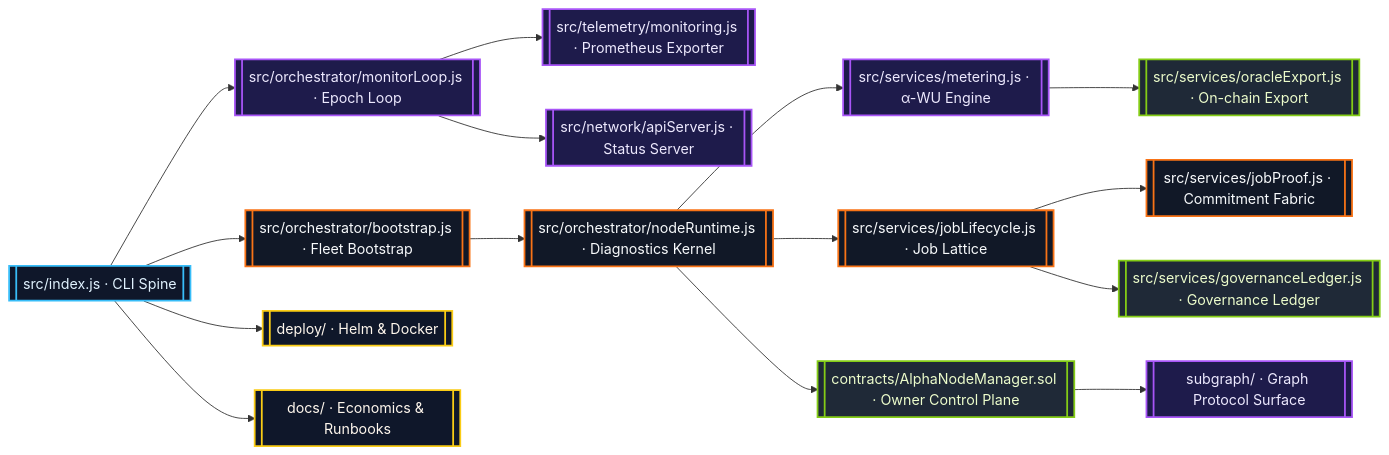
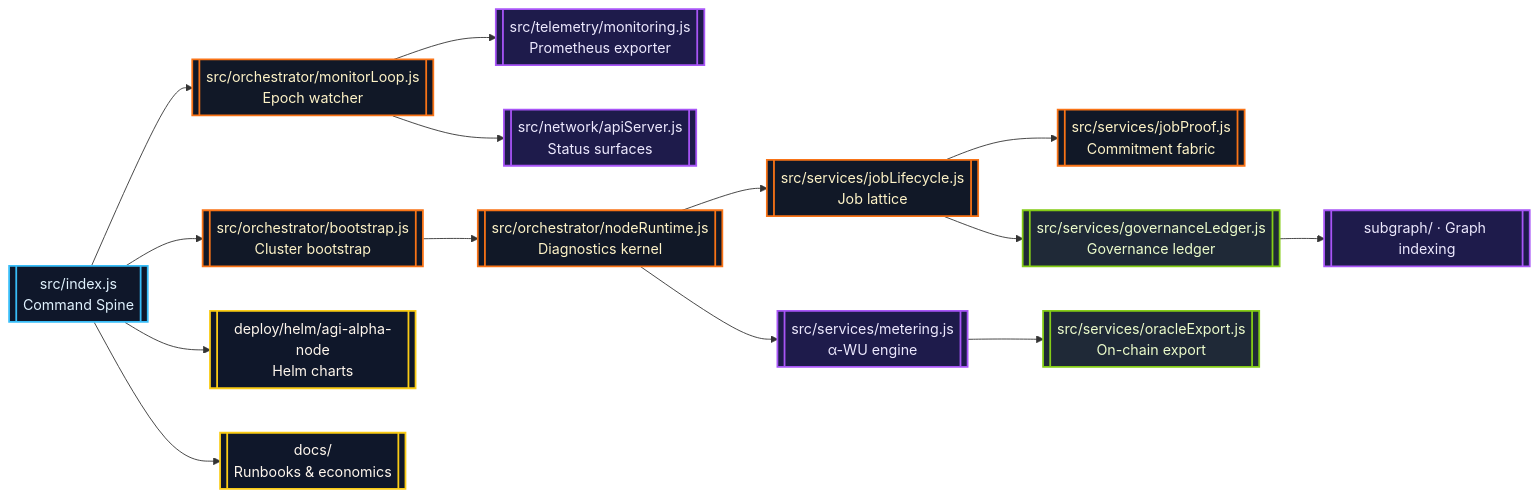
One commit to MontrealAI/AGI-Alpha-Node-v0 changed the first of 2 diagrams in README.md. Above: the diagram before and after it, drawn with Mermaid. The commit also changed other lines of this file and 6 other files, not shown here.

Commit message:
feat: tighten alpha metering and lifecycle coverage

````diff
--- a/README.md
+++ b/README.md
@@ -79,23 +65,22 @@
 ```mermaid
 flowchart LR
-  classDef runtime fill:#0f172a,stroke:#38bdf8,stroke-width:2px,color:#e0f2fe;
-  classDef service fill:#111827,stroke:#f97316,stroke-width:2px,color:#f8fafc;
+  classDef core fill:#0f172a,stroke:#38bdf8,stroke-width:2px,color:#e0f2fe;
+  classDef service fill:#111827,stroke:#f97316,stroke-width:2px,color:#fef3c7;
   classDef ledger fill:#1f2937,stroke:#84cc16,stroke-width:2px,color:#ecfccb;
-  classDef telemetry fill:#1e1b4b,stroke:#a855f7,stroke-width:2px,color:#ede9fe;
+  classDef observ fill:#1e1b4b,stroke:#a855f7,stroke-width:2px,color:#ede9fe;
   classDef ops fill:#0f172a,stroke:#facc15,stroke-width:2px,color:#fff7ed;
 
-  CLI[[src/index.js · CLI Spine]]:::runtime --> Bootstrap[[src/orchestrator/bootstrap.js · Fleet Bootstrap]]:::service
-  CLI --> Monitor[[src/orchestrator/monitorLoop.js · Epoch Loop]]:::telemetry
-  Monitor --> Telemetry[[src/telemetry/monitoring.js · Prometheus Exporter]]:::telemetry
-  Monitor --> StatusAPI[[src/network/apiServer.js · Status Server]]:::telemetry
-  Bootstrap --> Runtime[[src/orchestrator/nodeRuntime.js · Diagnostics Kernel]]:::service
-  Runtime --> Metering[[src/services/metering.js · α-WU Engine]]:::telemetry
-  Runtime --> Lifecycle[[src/services/jobLifecycle.js · Job Lattice]]:::service
-  Lifecycle --> Proofs[[src/services/jobProof.js · Commitment Fabric]]:::service
-  Lifecycle --> Ledger[[src/services/governanceLedger.js · Governance Ledger]]:::ledger
-  Metering --> Oracle[[src/services/oracleExport.js · On-chain Export]]:::ledger
-  Runtime --> Contracts[[contracts/AlphaNodeManager.sol · Owner Control Plane]]:::ledger
-  Contracts --> Subgraph[[subgraph/ · Graph Protocol Surface]]:::telemetry
-  CLI --> Deploy[[deploy/ · Helm & Docker]]:::ops
-  CLI --> Docs[[docs/ · Economics & Runbooks]]:::ops
+  CLI[[src/index.js<br/>Command Spine]]:::core --> Bootstrap[[src/orchestrator/bootstrap.js<br/>Cluster bootstrap]]:::service
+  CLI --> Monitor[[src/orchestrator/monitorLoop.js<br/>Epoch watcher]]:::service
+  Monitor --> Telemetry[[src/telemetry/monitoring.js<br/>Prometheus exporter]]:::observ
+  Monitor --> StatusAPI[[src/network/apiServer.js<br/>Status surfaces]]:::observ
+  Bootstrap --> Runtime[[src/orchestrator/nodeRuntime.js<br/>Diagnostics kernel]]:::service
+  Runtime --> Metering[[src/services/metering.js<br/>α-WU engine]]:::observ
+  Runtime --> Lifecycle[[src/services/jobLifecycle.js<br/>Job lattice]]:::service
+  Lifecycle --> Proofs[[src/services/jobProof.js<br/>Commitment fabric]]:::service
+  Lifecycle --> Ledger[[src/services/governanceLedger.js<br/>Governance ledger]]:::ledger
+  Metering --> Oracle[[src/services/oracleExport.js<br/>On-chain export]]:::ledger
+  Ledger --> Subgraph[[subgraph/ · Graph indexing]]:::observ
+  CLI --> Deploy[[deploy/helm/agi-alpha-node<br/>Helm charts]]:::ops
+  CLI --> Docs[[docs/<br/>Runbooks & economics]]:::ops
 ```
````
